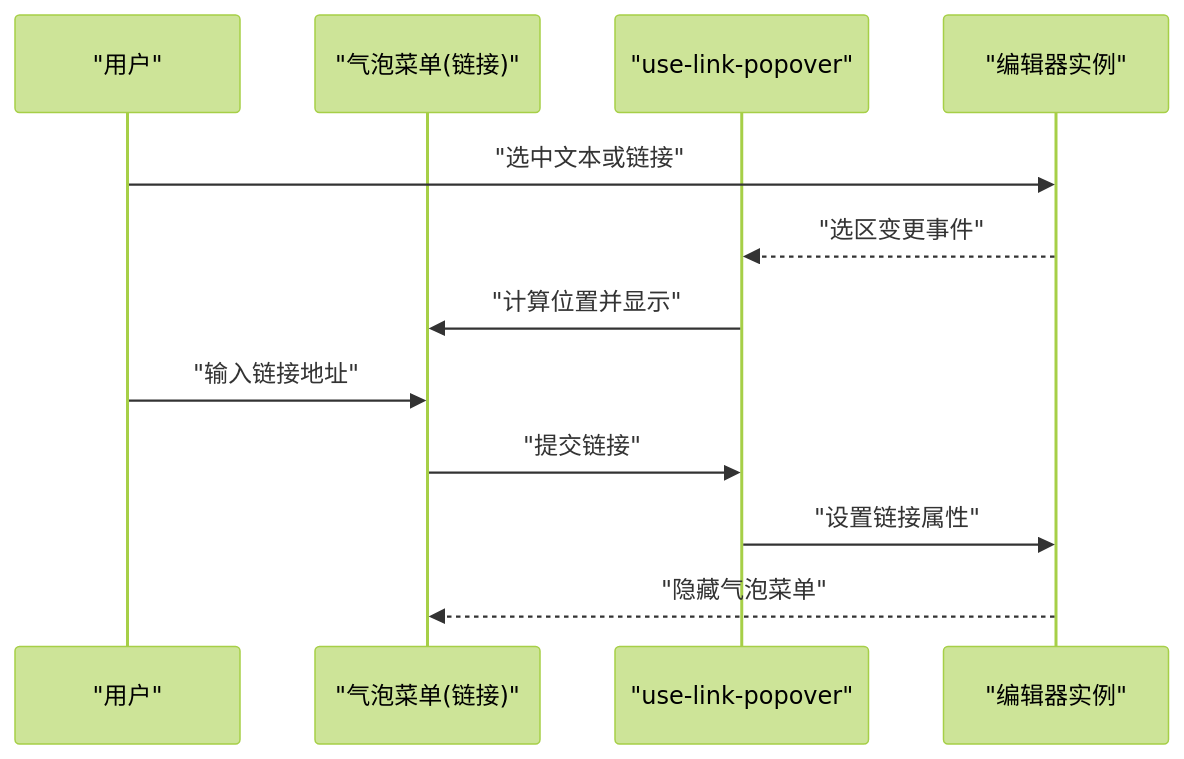
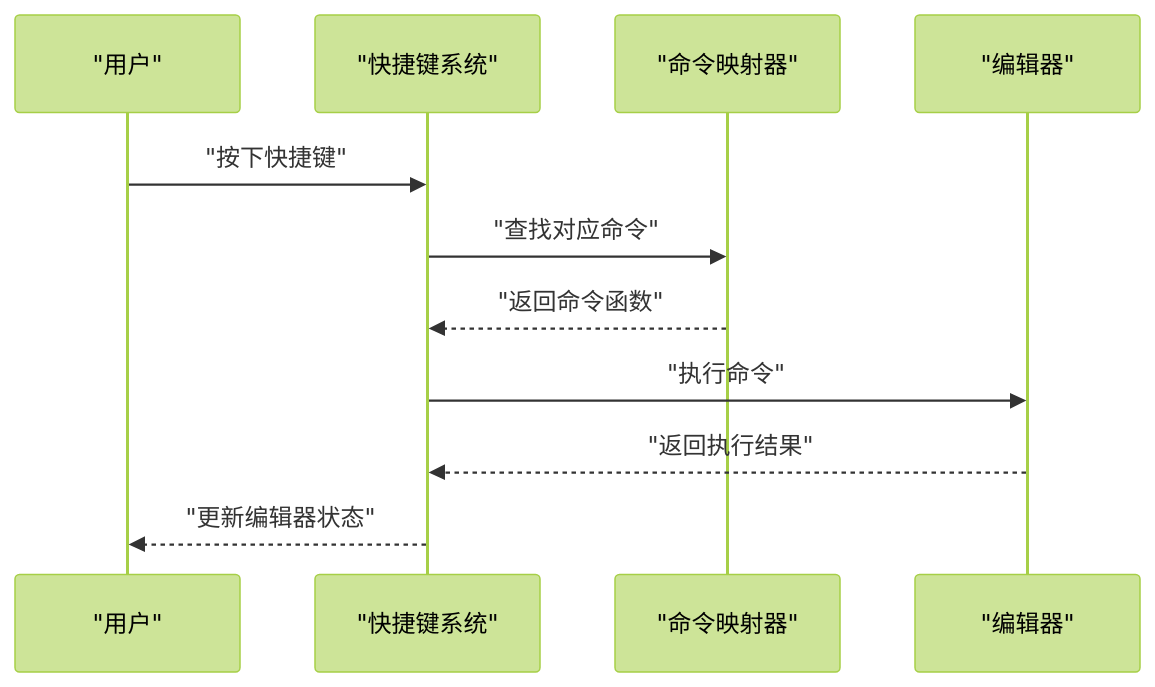
The fifth of 7 diagrams in .qoder/repowiki/zh/content/TipTap 编辑器系统/TipTap 编辑器系统.md (gzdxhujiale/FishWorker), drawn with Mermaid (forest theme) before and after one commit. The commit also changed other lines of this file and 19 other files, not shown here.

````diff
--- a/.qoder/repowiki/zh/content/TipTap 编辑器系统/TipTap 编辑器系统.md
+++ b/.qoder/repowiki/zh/content/TipTap 编辑器系统/TipTap 编辑器系统.md
@@ -417,14 +240,13 @@
 ```mermaid
 sequenceDiagram
 participant U as "用户"
-participant BP as "气泡菜单(链接)"
-participant HP as "use-link-popover"
-participant E as "编辑器实例"
-U->>E : "选中文本或链接"
-E-->>HP : "选区变更事件"
-HP->>BP : "计算位置并显示"
-U->>BP : "输入链接地址"
-BP->>HP : "提交链接"
-HP->>E : "设置链接属性"
-E-->>BP : "隐藏气泡菜单"
+participant K as "快捷键系统"
+participant M as "命令映射器"
+participant E as "编辑器"
+U->>K : "按下快捷键"
+K->>M : "查找对应命令"
+M-->>K : "返回命令函数"
+K->>E : "执行命令"
+E-->>K : "返回执行结果"
+K-->>U : "更新编辑器状态"
 ```
````
